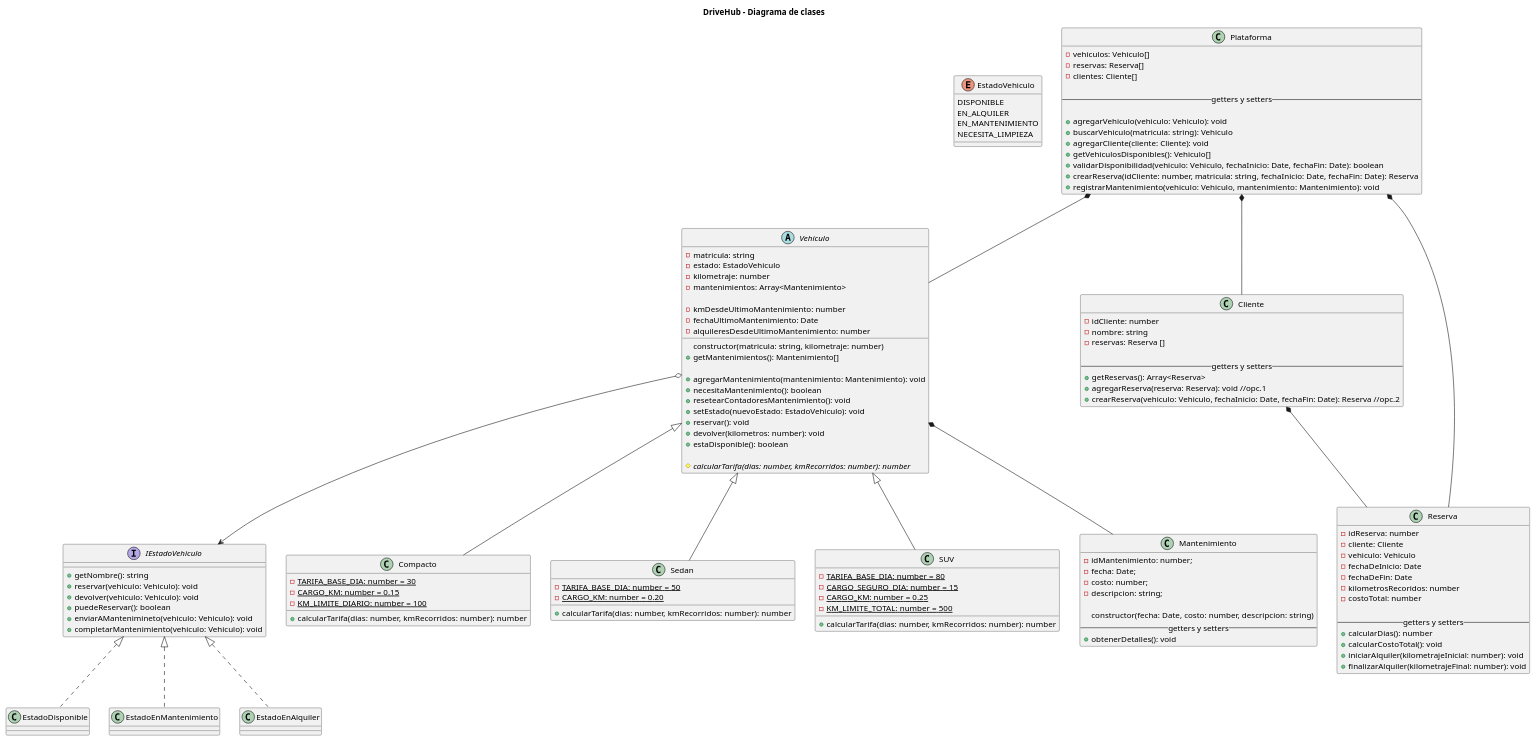
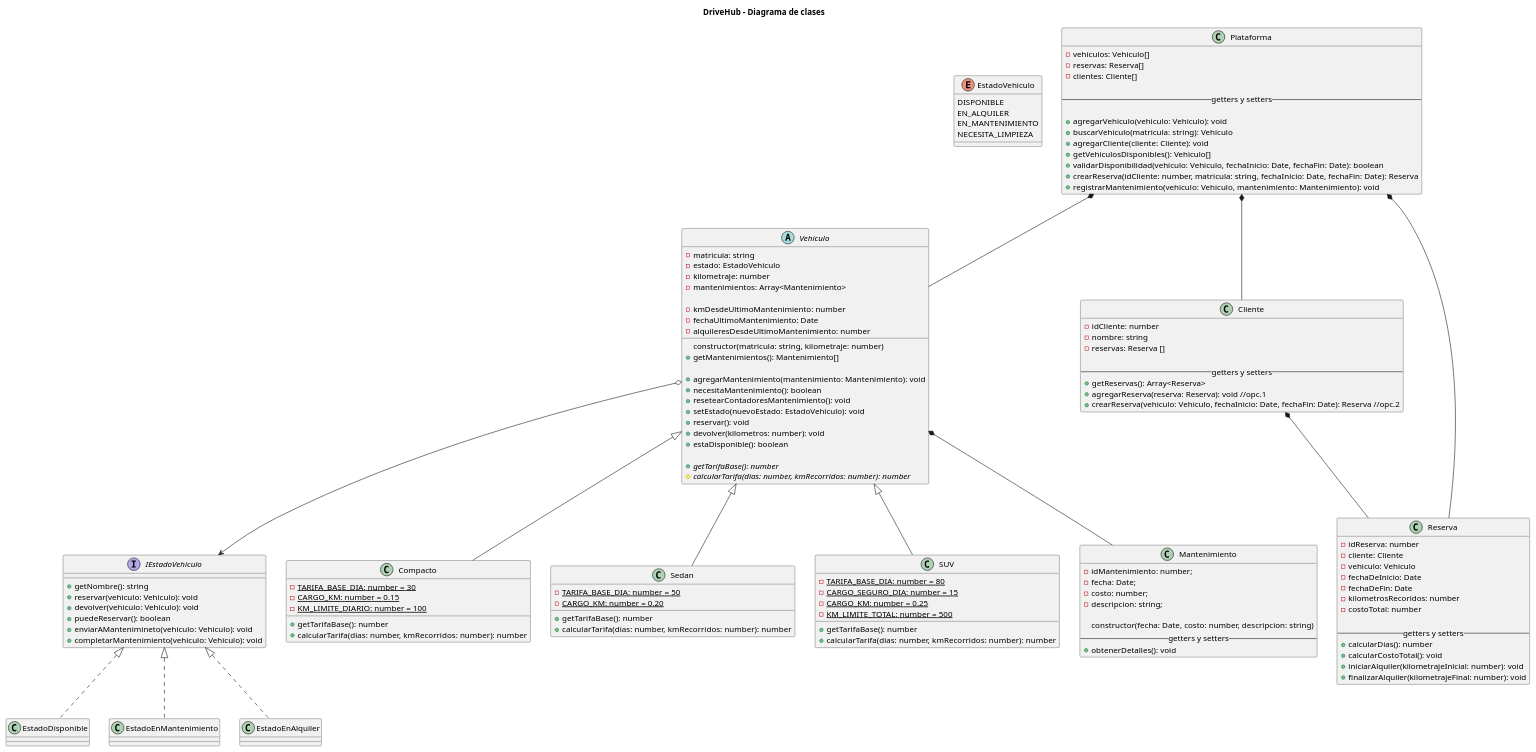
Before and after one commit to martingustavolopez/PROGRAMACION-II-CUVL: the diagram in diagramas/diagrama.puml, drawn with PlantUML. The commit also changed 7 other files, not shown here.

```diff
--- a/diagramas/diagrama.puml
+++ b/diagramas/diagrama.puml
@@ -1,152 +1,153 @@
 @startuml
 
 title DriveHub - Diagrama de clases
 
 ' Enumeracion de estado vehiculo
 enum EstadoVehiculo {
     DISPONIBLE
     EN_ALQUILER
     EN_MANTENIMIENTO
     NECESITA_LIMPIEZA
 }
 ' Cambiar el EstadoVehiculo por una interfaz IEstadoVehiculo
 ' Y utilizar el PATRÓN DE DISEÑO - STATE
-' Planteo
 interface IEstadoVehiculo {
     + getNombre(): string
     + reservar(vehiculo: Vehiculo): void
     + devolver(vehiculo: Vehiculo): void
     + puedeReservar(): boolean
     + enviarAMantenimineto(vehiculo: Vehiculo): void
     + completarMantenimiento(vehiculo: Vehiculo): void
 }
-' Crear las clases Concretas que implementen IEstadoVehiculo
-' EstadoDisponible : EstadoEnMantenimiento : EstadoEnAlquiler
+
 class EstadoDisponible {}
 class EstadoEnMantenimiento {}
 class EstadoEnAlquiler {}
 
 abstract class Vehiculo {
     - matricula: string
     - estado: EstadoVehiculo
     - kilometraje: number
     - mantenimientos: Array<Mantenimiento>
 
     'Disparadores de Mantenimiento
     - kmDesdeUltimoMantenimiento: number
     - fechaUltimoMantenimiento: Date
     - alquileresDesdeUltimoMantenimiento: number
     
     constructor(matricula: string, kilometraje: number)
     + getMantenimientos(): Mantenimiento[]
 
     + agregarMantenimiento(mantenimiento: Mantenimiento): void
     + necesitaMantenimiento(): boolean
     + resetearContadoresMantenimiento(): void
     + setEstado(nuevoEstado: EstadoVehiculo): void
     + reservar(): void
     + devolver(kilometros: number): void
     + estaDisponible(): boolean
 
+    + {abstract} getTarifaBase(): number
     # {abstract} calcularTarifa(dias: number, kmRecorridos: number): number
 }
 
 class Compacto {
     - {static} TARIFA_BASE_DIA: number = 30
     - {static} CARGO_KM: number = 0.15
     - {static} KM_LIMITE_DIARIO: number = 100 
 
+    + getTarifaBase(): number
     + calcularTarifa(dias: number, kmRecorridos: number): number        
 }
 
 class Sedan {
     - {static} TARIFA_BASE_DIA: number = 50
     - {static} CARGO_KM: number = 0.20
 
+    + getTarifaBase(): number
     + calcularTarifa(dias: number, kmRecorridos: number): number
 }
 
 
 class SUV {
     - {static} TARIFA_BASE_DIA: number = 80
     - {static} CARGO_SEGURO_DIA: number = 15
     - {static} CARGO_KM: number = 0.25
     - {static} KM_LIMITE_TOTAL: number = 500
 
+    + getTarifaBase(): number
     + calcularTarifa(dias: number, kmRecorridos: number): number
 }
-
 
 class Cliente {
     - idCliente: number
     - nombre: string
     - reservas: Reserva []
 
     -- getters y setters --
     + getReservas(): Array<Reserva>
     + agregarReserva(reserva: Reserva): void //opc.1
     + crearReserva(vehiculo: Vehiculo, fechaInicio: Date, fechaFin: Date): Reserva //opc.2
 }
 
 class Reserva {
     - idReserva: number
     - cliente: Cliente
     - vehiculo: Vehiculo
     - fechaDeInicio: Date
     - fechaDeFin: Date
     - kilometrosRecoridos: number
     - costoTotal: number
 
     -- getters y setters --
     + calcularDias(): number
     + calcularCostoTotal(): void
     + iniciarAlquiler(kilometrajeInicial: number): void
     + finalizarAlquiler(kilometrajeFinal: number): void
 }
 
 class Mantenimiento {
     - idMantenimiento: number;
     - fecha: Date;
     - costo: number;
     - descripcion: string;
     
     constructor(fecha: Date, costo: number, descripcion: string)
     -- getters y setters --
     + obtenerDetalles(): void
 }
 
 class Plataforma {
     - vehiculos: Vehiculo[]
     - reservas: Reserva[]
     - clientes: Cliente[]
 
     -- getters y setters --
 
     + agregarVehiculo(vehiculo: Vehiculo): void
     + buscarVehiculo(matricula: string): Vehiculo
     + agregarCliente(cliente: Cliente): void
     + getVehiculosDisponibles(): Vehiculo[]
     + validarDisponibilidad(vehiculo: Vehiculo, fechaInicio: Date, fechaFin: Date): boolean
     + crearReserva(idCliente: number, matricula: string, fechaInicio: Date, fechaFin: Date): Reserva
     + registrarMantenimiento(vehiculo: Vehiculo, mantenimiento: Mantenimiento): void
 }
 
 ' Relaciones de herencia
 Vehiculo <|-- Compacto
 Vehiculo <|-- Sedan
 Vehiculo <|-- SUV
 
 ' Relaciones de composición
 Vehiculo *-- Mantenimiento
 Cliente *-- Reserva
 Plataforma *-- Vehiculo
 Plataforma *-- Cliente
 Plataforma *-- Reserva
 
 
 Vehiculo o--> IEstadoVehiculo
 IEstadoVehiculo <|.. EstadoEnMantenimiento
 IEstadoVehiculo <|.. EstadoEnAlquiler
 IEstadoVehiculo <|.. EstadoDisponible
 
 @enduml
```
